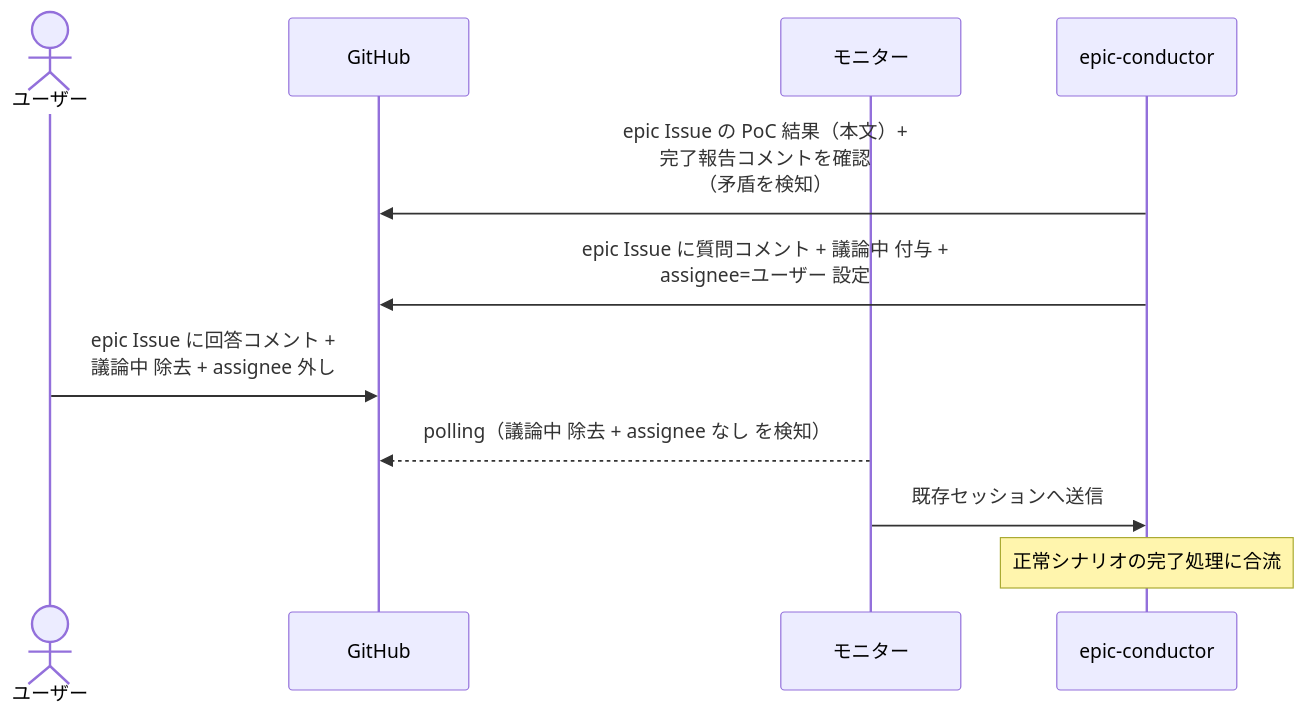
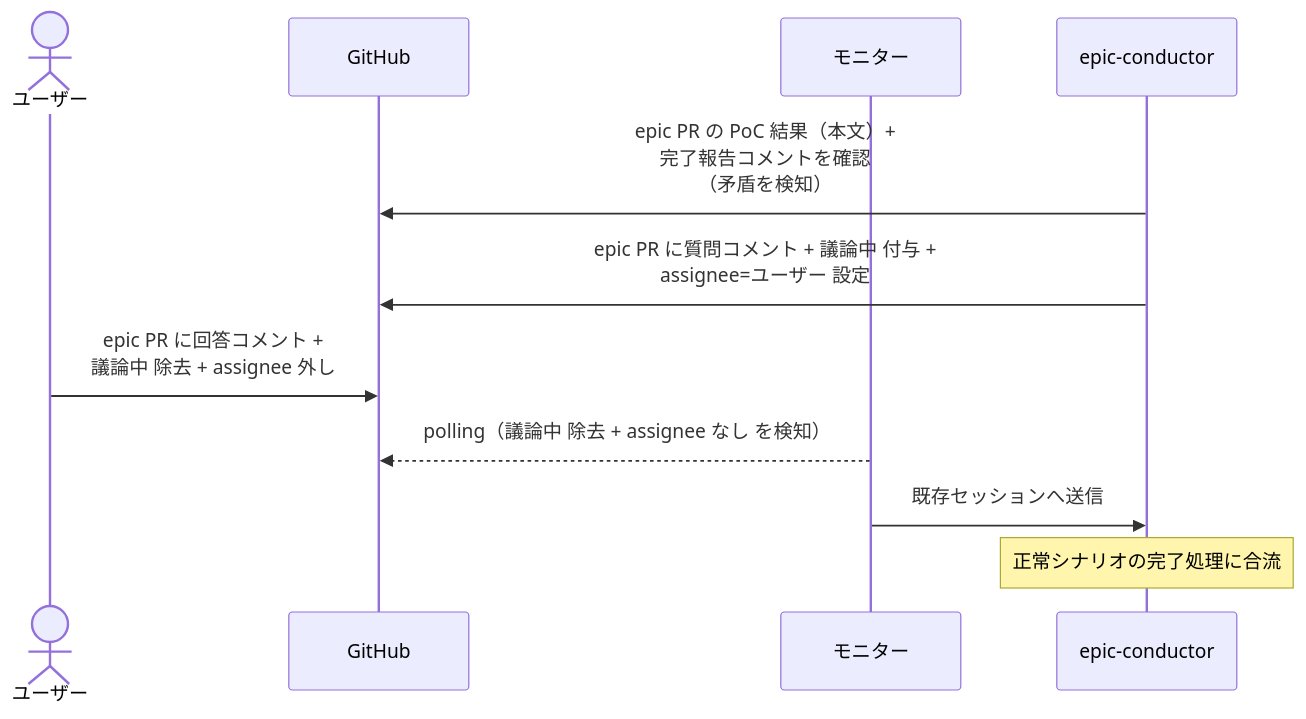
One commit to shuhei1101/ai-monitor changed the third of 4 diagrams in docs/wiki/設計図/シナリオ/単一ユースケース/PoC結果確認.md. Above: the diagram before and after it, drawn with Mermaid. The commit also changed other lines of this file and 256 other files, not shown here.

````diff
--- a/docs/wiki/設計図/シナリオ/単一ユースケース/PoC結果確認.md
+++ b/docs/wiki/設計図/シナリオ/単一ユースケース/PoC結果確認.md
@@ -112,14 +112,14 @@
 ```mermaid
 sequenceDiagram
   actor U as ユーザー
   participant GH as GitHub
   participant ORC as モニター
   participant MON as epic-conductor
 
-  MON->>GH: epic Issue の PoC 結果（本文）+<br>完了報告コメントを確認<br>（矛盾を検知）
-  MON->>GH: epic Issue に質問コメント + 議論中 付与 +<br>assignee=ユーザー 設定
-  U->>GH: epic Issue に回答コメント +<br>議論中 除去 + assignee 外し
+  MON->>GH: epic PR の PoC 結果（本文）+<br>完了報告コメントを確認<br>（矛盾を検知）
+  MON->>GH: epic PR に質問コメント + 議論中 付与 +<br>assignee=ユーザー 設定
+  U->>GH: epic PR に回答コメント +<br>議論中 除去 + assignee 外し
   ORC-->>GH: polling（議論中 除去 + assignee なし を検知）
   ORC->>MON: 既存セッションへ送信
   Note over MON: 正常シナリオの完了処理に合流
 ```
````
